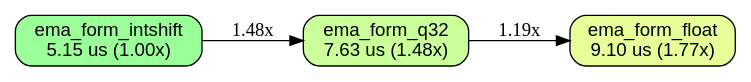
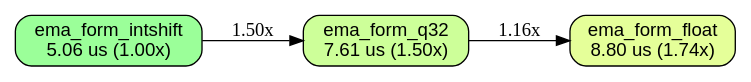
The diagram in docs/BENCHES.ema_formulation.ema_formulation_n4096.macos-aarch64-c8-bare-apple.dot (orgrinrt/hilavitkutin), drawn with Graphviz before and after one commit. The commit also changed 318 other files, not shown here.

```diff
--- a/docs/BENCHES.ema_formulation.ema_formulation_n4096.macos-aarch64-c8-bare-apple.dot
+++ b/docs/BENCHES.ema_formulation.ema_formulation_n4096.macos-aarch64-c8-bare-apple.dot
@@ -1,16 +1,16 @@
 // AUTO-GENERATED: DO NOT EDIT DIRECTLY
 //
 // Generated by: mockspace (mock)
-// Generated at: 2026-11-15T14:25:41Z
+// Generated at: 2026-11-22T21:16:17Z
 // Source: mock/
 // To regenerate: cargo mock
 
 digraph "ema_formulation/ema_formulation_n4096 on macos-aarch64-c8-bare-apple" {
   rankdir=LR;
   node [shape=box, style="rounded,filled", fontname="Helvetica"];
-  v0 [label="ema_form_intshift\n5.15 us (1.00x)", fillcolor="0.330 0.4 1.0"];
-  v1 [label="ema_form_q32\n7.63 us (1.48x)", fillcolor="0.251 0.4 1.0"];
-  v2 [label="ema_form_float\n9.10 us (1.77x)", fillcolor="0.203 0.4 1.0"];
-  v0 -> v1 [label="1.48x"];
-  v1 -> v2 [label="1.19x"];
+  v0 [label="ema_form_intshift\n5.06 us (1.00x)", fillcolor="0.330 0.4 1.0"];
+  v1 [label="ema_form_q32\n7.61 us (1.50x)", fillcolor="0.247 0.4 1.0"];
+  v2 [label="ema_form_float\n8.80 us (1.74x)", fillcolor="0.208 0.4 1.0"];
+  v0 -> v1 [label="1.50x"];
+  v1 -> v2 [label="1.16x"];
 }
```
